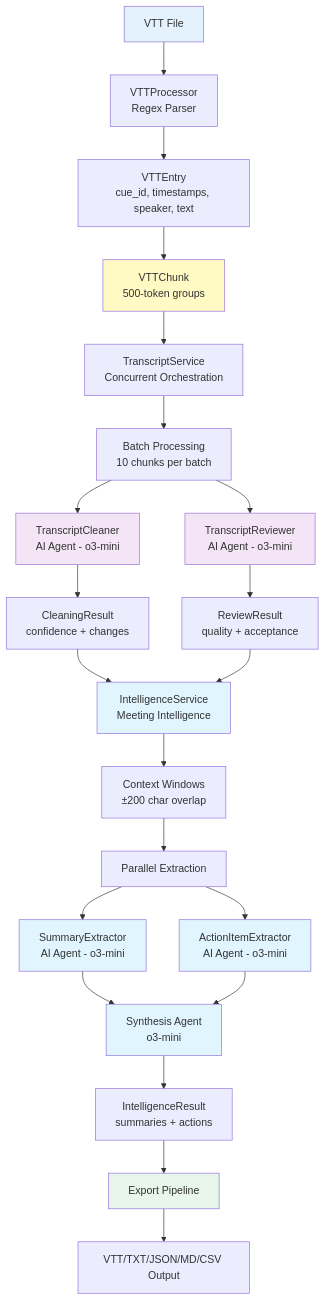
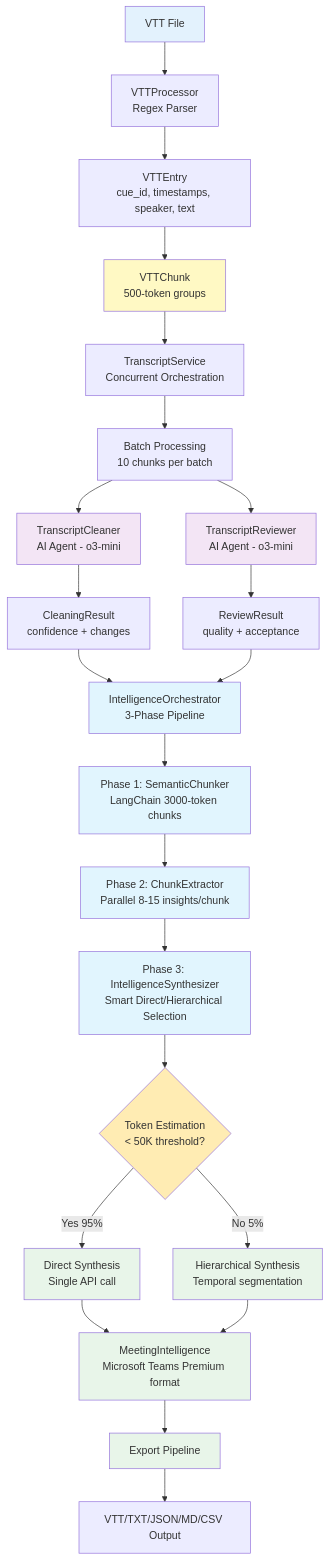
Before and after one commit to denim-bluu/meeting_transcripts_cleaner: the first of 3 diagrams in README.md, drawn with Mermaid. The commit also changed other lines of this file, not shown here.

First line of the commit message:
doc: Update README for production-grade meeting intelligence

````diff
--- a/README.md
+++ b/README.md
@@ -23,40 +23,46 @@
 ```mermaid
 graph TB
     A[VTT File] --> B[VTTProcessor<br/>Regex Parser]
     B --> C[VTTEntry<br/>cue_id, timestamps, speaker, text]
     C --> D[VTTChunk<br/>500-token groups]
 
     D --> E[TranscriptService<br/>Concurrent Orchestration]
     E --> F[Batch Processing<br/>10 chunks per batch]
 
     F --> G[TranscriptCleaner<br/>AI Agent - o3-mini]
     F --> H[TranscriptReviewer<br/>AI Agent - o3-mini]
 
     G --> I[CleaningResult<br/>confidence + changes]
     H --> J[ReviewResult<br/>quality + acceptance]
 
-    I --> M[IntelligenceService<br/>Meeting Intelligence]
-    J --> M
+    I --> K[IntelligenceOrchestrator<br/>3-Phase Pipeline]
+    J --> K
 
-    M --> N[Context Windows<br/>±200 char overlap]
-    N --> O[Parallel Extraction]
-    O --> P[SummaryExtractor<br/>AI Agent - o3-mini]
-    O --> Q[ActionItemExtractor<br/>AI Agent - o3-mini]
+    K --> L[Phase 1: SemanticChunker<br/>LangChain 3000-token chunks]
+    L --> M[Phase 2: ChunkExtractor<br/>Parallel 8-15 insights/chunk]
+    M --> N[Phase 3: IntelligenceSynthesizer<br/>Smart Direct/Hierarchical Selection]
 
-    P --> R[Synthesis Agent<br/>o3-mini]
+    N --> O{Token Estimation<br/>< 50K threshold?}
+    O -->|Yes 95%| P[Direct Synthesis<br/>Single API call]
+    O -->|No 5%| Q[Hierarchical Synthesis<br/>Temporal segmentation]
+
+    P --> R[MeetingIntelligence<br/>Microsoft Teams Premium format]
     Q --> R
 
-    R --> S[IntelligenceResult<br/>summaries + actions]
-    S --> T[Export Pipeline]
-    T --> U[VTT/TXT/JSON/MD/CSV Output]
+    R --> S[Export Pipeline]
+    S --> T[VTT/TXT/JSON/MD/CSV Output]
 
     style A fill:#e3f2fd
     style D fill:#fff9c4
     style G fill:#f3e5f5
     style H fill:#f3e5f5
+    style K fill:#e1f5fe
+    style L fill:#e1f5fe
     style M fill:#e1f5fe
-    style P fill:#e1f5fe
-    style Q fill:#e1f5fe
-    style R fill:#e1f5fe
-    style T fill:#e8f5e9
+    style N fill:#e1f5fe
+    style O fill:#ffecb3
+    style P fill:#e8f5e9
+    style Q fill:#e8f5e9
+    style R fill:#e8f5e9
+    style S fill:#e8f5e9
 ```
````
